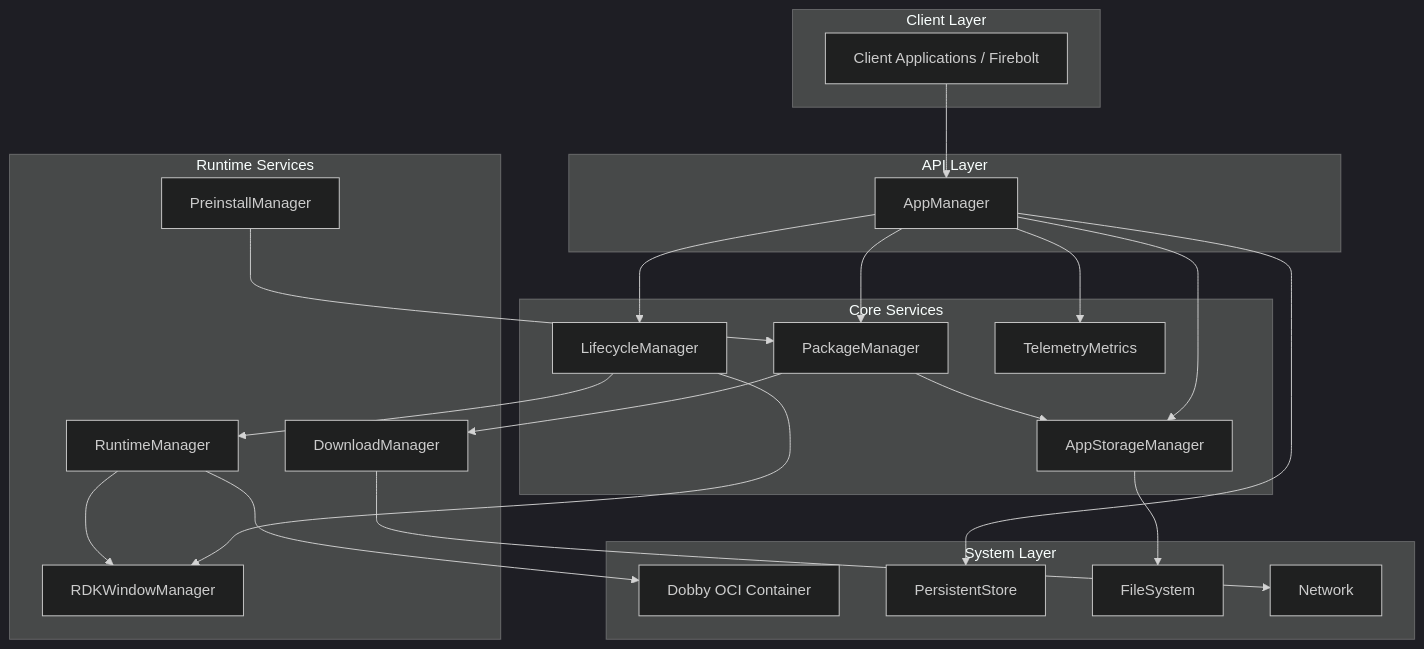
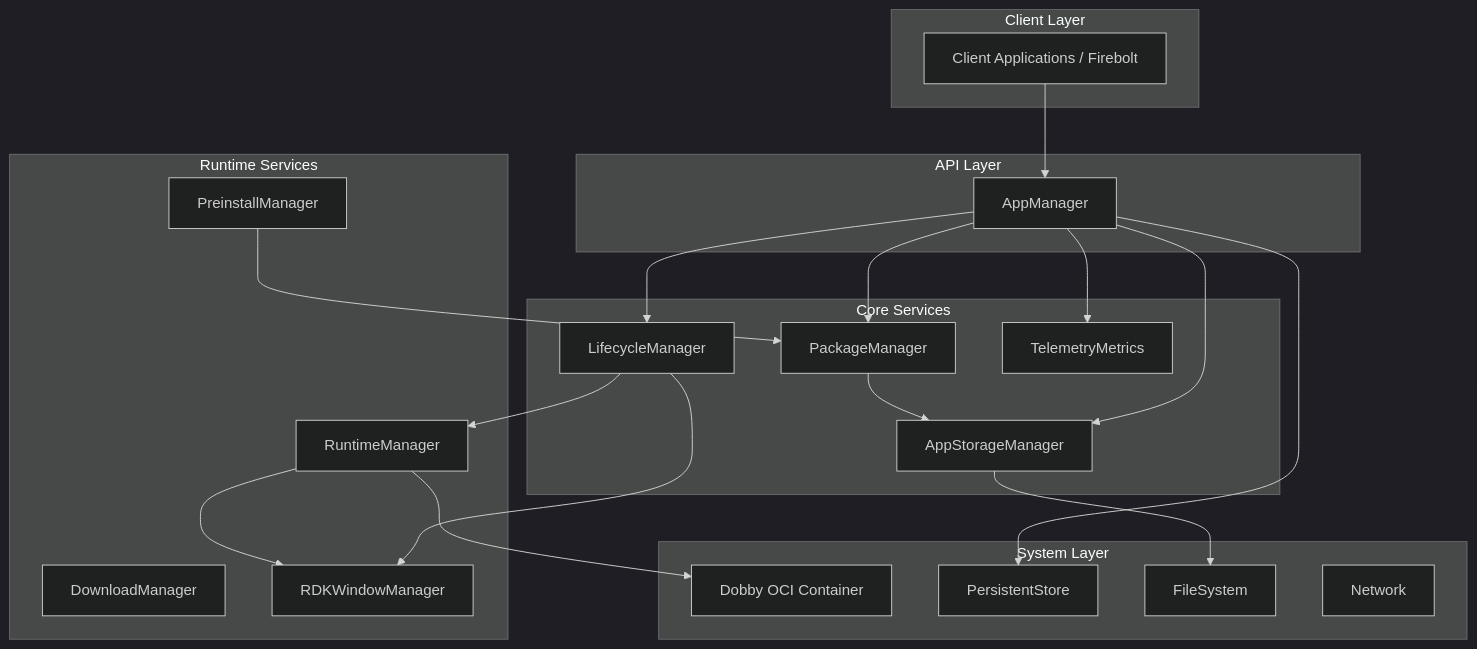
The first of 4 diagrams in README.md (rdkcentral/entservices-appmanagers), drawn with Mermaid (dark theme) before and after one commit. The commit also changed other lines of this file and 7 other files, not shown here.

````diff
--- a/README.md
+++ b/README.md
@@ -13,47 +13,45 @@
 ```mermaid
 graph TB
     subgraph "Client Layer"
         Client[Client Applications / Firebolt]
     end
 
     subgraph "API Layer"
         AppMgr[AppManager]
     end
 
     subgraph "Core Services"
         LCM[LifecycleManager]
         PkgMgr[PackageManager]
         AppStorMgr[AppStorageManager]
         Telemetry[TelemetryMetrics]
     end
 
     subgraph "Runtime Services"
         RTM[RuntimeManager]
         DLMgr[DownloadManager]
         PreMgr[PreinstallManager]
         WinMgr[RDKWindowManager]
     end
 
     subgraph "System Layer"
         Dobby[Dobby OCI Container]
         PStore[PersistentStore]
         FS[FileSystem]
         Network[Network]
     end
 
     Client --> AppMgr
     AppMgr --> LCM
     AppMgr --> PkgMgr
     AppMgr --> AppStorMgr
     AppMgr --> Telemetry
     LCM --> RTM
     LCM --> WinMgr
-    PkgMgr --> DLMgr
     PkgMgr --> AppStorMgr
     PreMgr --> PkgMgr
     RTM --> Dobby
     RTM --> WinMgr
     AppStorMgr --> FS
-    DLMgr --> Network
     AppMgr --> PStore
 ```
````
